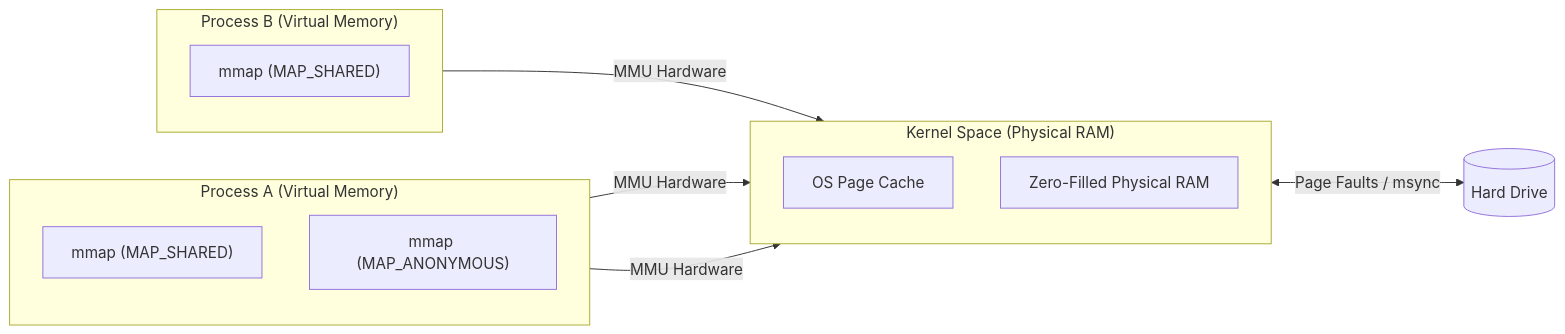
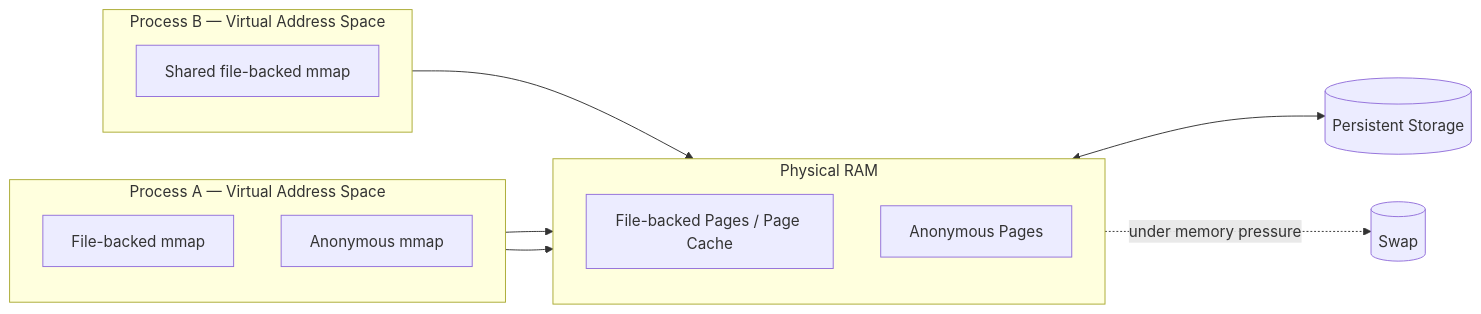
One commit to Matheus-de-Mello-Vieira/backend-knowledge changed the diagram in Operating Systems/02 The Anatomy of a Process.md. Above: the diagram before and after it, drawn with Mermaid. The commit also changed other lines of this file and 6 other files, not shown here.

First line of the commit message:
docs: expand storage, memory, process, and database notes   - add database overview plus LMDB, PostgreSQL, and SQLite notes   - deepen OS notes on storage, page cache, file descriptors, inodes,     and sync I/O

````diff
--- a/Operating Systems/02 The Anatomy of a Process.md
+++ b/Operating Systems/02 The Anatomy of a Process.md
@@ -373,30 +367,29 @@
 ```mermaid
 flowchart LR
-    subgraph Process_A["Process A (Virtual Memory)"]
+    subgraph Process_A["Process A — Virtual Address Space"]
         direction TB
-        A_Mmap_File["mmap (MAP_SHARED)"]
-        A_Mmap_Anon["mmap (MAP_ANONYMOUS)"]
+        A_Mmap_File["File-backed mmap"]
+        A_Mmap_Anon["Anonymous mmap"]
     end
 
-    subgraph Process_B["Process B (Virtual Memory)"]
+    subgraph Process_B["Process B — Virtual Address Space"]
         direction TB
-        B_Mmap_File["mmap (MAP_SHARED)"]
+        B_Mmap_File["Shared file-backed mmap"]
     end
 
-    subgraph Physical_RAM["Kernel Space (Physical RAM)"]
+    subgraph Physical_RAM["Physical RAM"]
         direction TB
-        PageCache["OS Page Cache"]
-        AnonRAM["Zero-Filled Physical RAM"]
+        PageCache["File-backed Pages / Page Cache"]
+        AnonRAM["Anonymous Pages"]
     end
 
-    Disk[("Hard Drive")]
+    Storage[("Persistent Storage")]
+    Swap[("Swap")]
 
-    %% Connections
-    A_Mmap_File -- MMU Hardware --> PageCache
-    B_Mmap_File -- MMU Hardware --> PageCache
-    A_Mmap_Anon -- MMU Hardware --> AnonRAM
-    
-    PageCache <-->|Page Faults / msync| Disk
+    A_Mmap_File --> PageCache
+    B_Mmap_File --> PageCache
+    A_Mmap_Anon --> AnonRAM
 
-
+    PageCache <--> Storage
+    AnonRAM -. under memory pressure .-> Swap
 ```
````
